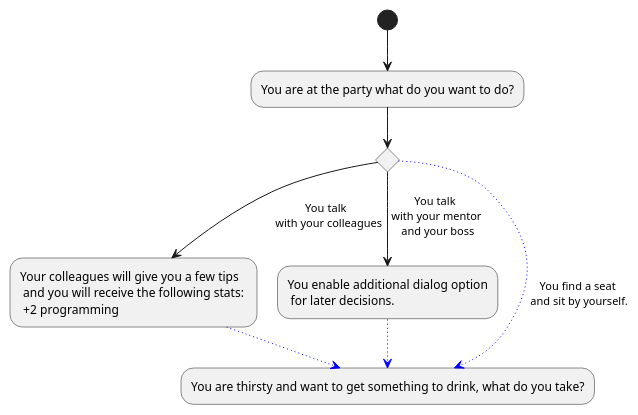
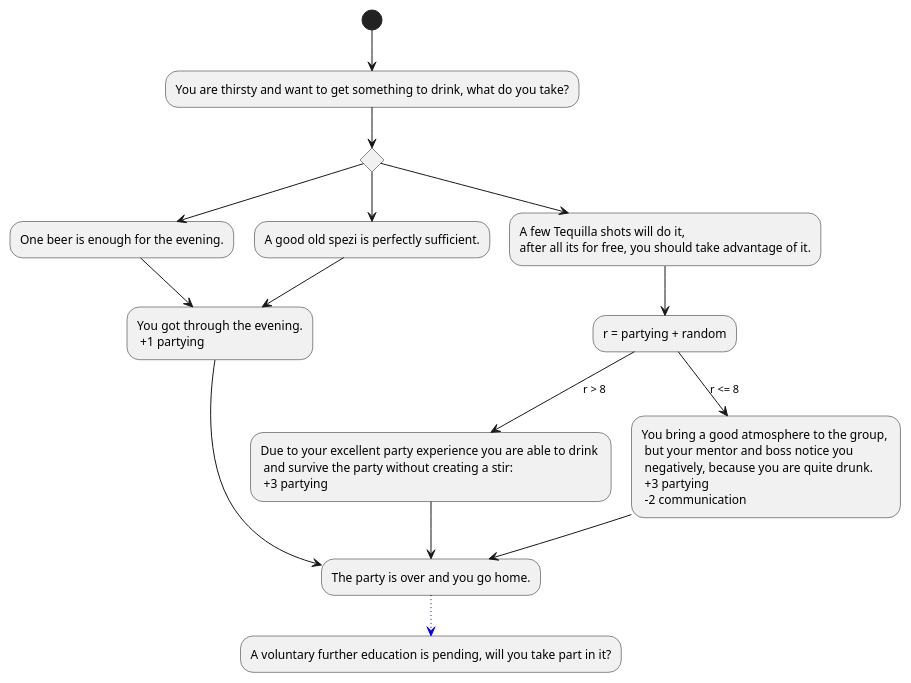
The diagram in Docs/Technical Specifications/docs/diagrams/StoryFlow/StoryFlow_Decision_8.puml (Brotenko/QualityQuest), drawn with PlantUML before and after one commit. The commit also changed 28 other files, not shown here.

```diff
--- a/Docs/Technical Specifications/docs/diagrams/StoryFlow/StoryFlow_Decision_8.puml
+++ b/Docs/Technical Specifications/docs/diagrams/StoryFlow/StoryFlow_Decision_8.puml
@@ -1,15 +1,22 @@
 @startuml
-(*) --> "You are at the party what do you want to do?"
+(*) --> "You are thirsty and want to get something to drink, what do you take?" as alc
 if "" then 
---> [You talk \n with your colleagues] "Your colleagues will give you a few tips \n and you will receive the following stats: \n +2 programming" as tipps
+--> "One beer is enough for the evening." as genießen
+genießen --> "You got through the evening.\n +1 partying" as party
 else 
---> [You talk \n with your mentor \n and your boss] "You enable additional dialog option\n for later decisions." as ent
-
-else
--[#blue,dotted]-> [You find a seat\n and sit by yourself.] "You are thirsty and want to get something to drink, what do you take?" as alc
-tipps -[#blue,dotted]-> alc
-ent -[#blue,dotted]-> alc
-
+--> "A good old spezi is perfectly sufficient."
+--> party
+else 
+--> "A few Tequilla shots will do it, \nafter all its for free, you should take advantage of it." as saufen
 
 endif
+
+saufen --> "r = partying + random" as r
+r --> [r > 8] "Due to your excellent party experience you are able to drink \n and survive the party without creating a stir: \n +3 partying" as alci
+r --> [r <= 8] "You bring a good atmosphere to the group, \n but your mentor and boss notice you \n negatively, because you are quite drunk.\n +3 partying \n -2 communication"
+--> "The party is over and you go home." as hause
+party --> hause
+alci --> hause
+-[#blue,dotted]-> "A voluntary further education is pending, will you take part in it?"
+
 @enduml
```
